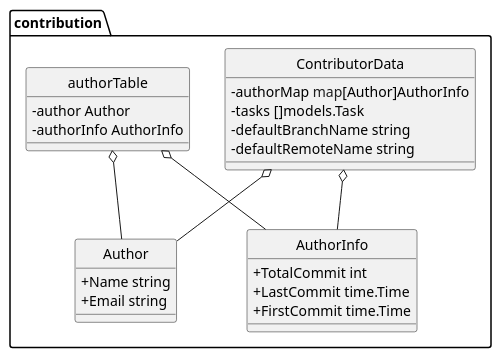
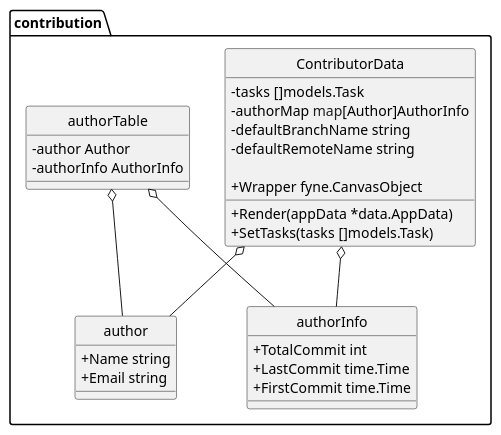
Before and after one commit to imdar1/GitMonitor: the diagram in docs/res/modules/contribution.pu, drawn with PlantUML. The commit also changed 12 other files, not shown here.

```diff
--- a/docs/res/modules/contribution.pu
+++ b/docs/res/modules/contribution.pu
@@ -1,40 +1,45 @@
 @startuml
 top to bottom direction
 skinparam classAttributeIconSize 0
 skinparam DefaultFontName Arial
 skinparam DefaultFontSize 14
 skinparam monochrome true
 hide circle
 
 namespace contribution {
-    class Author << (S,Aquamarine) >> {
-        + Name string
-        + Email string
+    class author << (S,Aquamarine) >> {
++ Name string
++ Email string
 
     }
-    class AuthorInfo << (S,Aquamarine) >> {
-        + TotalCommit int
-        + LastCommit time.Time
-        + FirstCommit time.Time
+    class authorInfo << (S,Aquamarine) >> {
++ TotalCommit int
++ LastCommit time.Time
++ FirstCommit time.Time
 
     }
     class ContributorData << (S,Aquamarine) >> {
-        - authorMap <font color=blue>map</font>[Author]AuthorInfo
-        - tasks []models.Task
-        - defaultBranchName string
-        - defaultRemoteName string
+- tasks []models.Task
+- authorMap <font color=blue>map</font>[Author]AuthorInfo
+- defaultBranchName string
+- defaultRemoteName string
+
+        + Wrapper fyne.CanvasObject
+
+        + Render(appData *data.AppData) 
+        + SetTasks(tasks []models.Task) 
 
     }
     class authorTable << (S,Aquamarine) >> {
-        - author Author
-        - authorInfo AuthorInfo
+- author Author
+- authorInfo AuthorInfo
 
     }
 }
 
-"contribution.ContributorData" o-- "contribution.Author"
-"contribution.ContributorData" o-- "contribution.AuthorInfo" 
-"contribution.authorTable" o-- "contribution.Author"
-"contribution.authorTable" o-- "contribution.AuthorInfo"
+"contribution.ContributorData" o-- "contribution.author"
+"contribution.ContributorData" o-- "contribution.authorInfo" 
+"contribution.authorTable" o-- "contribution.author"
+"contribution.authorTable" o-- "contribution.authorInfo"
 
 @enduml
```
